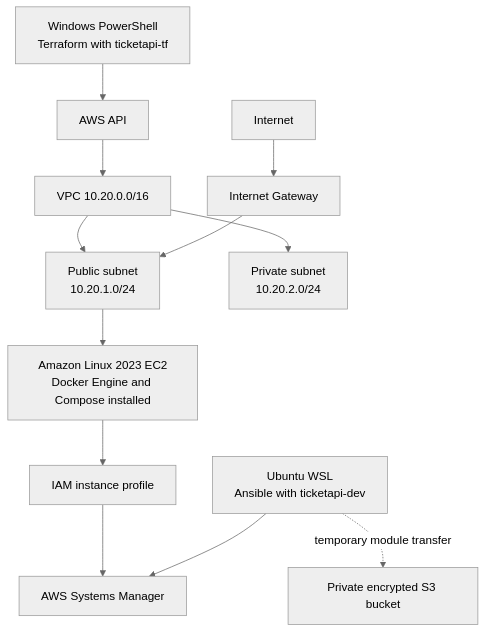
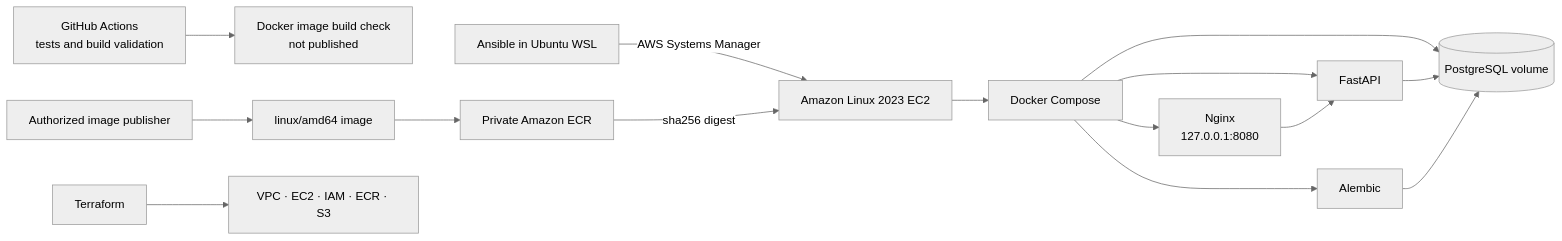
Before and after one commit to Orlando-Alvarez/Ticket-API: the second of 2 diagrams in README.md, drawn with Mermaid (neutral theme). The commit also changed other lines of this file and 7 other files, not shown here.

````diff
--- a/README.md
+++ b/README.md
@@ -161,14 +108,18 @@
 ```mermaid
-flowchart TB
-    TF[Windows PowerShell<br/>Terraform with ticketapi-tf] --> AWS[AWS API]
-    AWS --> VPC[VPC 10.20.0.0/16]
-    VPC --> Public[Public subnet<br/>10.20.1.0/24]
-    VPC --> Private[Private subnet<br/>10.20.2.0/24]
-    Internet[Internet] --> IGW[Internet Gateway]
-    IGW --> Public
-    Public --> EC2[Amazon Linux 2023 EC2<br/>Docker Engine and Compose installed]
-    EC2 --> Profile[IAM instance profile]
-    Profile --> SSM[AWS Systems Manager]
-    WSL[Ubuntu WSL<br/>Ansible with ticketapi-dev] --> SSM
-    WSL -. temporary module transfer .-> S3[Private encrypted S3 bucket]
+flowchart LR
+    CI[GitHub Actions<br/>tests and build validation]
+    CI --> BuildCheck[Docker image build check<br/>not published]
+    Publisher[Authorized image publisher] --> Image[linux/amd64 image]
+    Image --> ECR[Private Amazon ECR]
+    Terraform[Terraform] --> Infra[VPC · EC2 · IAM · ECR · S3]
+    Ansible[Ansible in Ubuntu WSL] -->|AWS Systems Manager| EC2[Amazon Linux 2023 EC2]
+    ECR -->|sha256 digest| EC2
+    EC2 --> Compose[Docker Compose]
+    Compose --> Nginx[Nginx<br/>127.0.0.1:8080]
+    Compose --> API[FastAPI]
+    Compose --> Migrate[Alembic]
+    Compose --> DB[(PostgreSQL volume)]
+    Nginx --> API
+    API --> DB
+    Migrate --> DB
 ```
````
